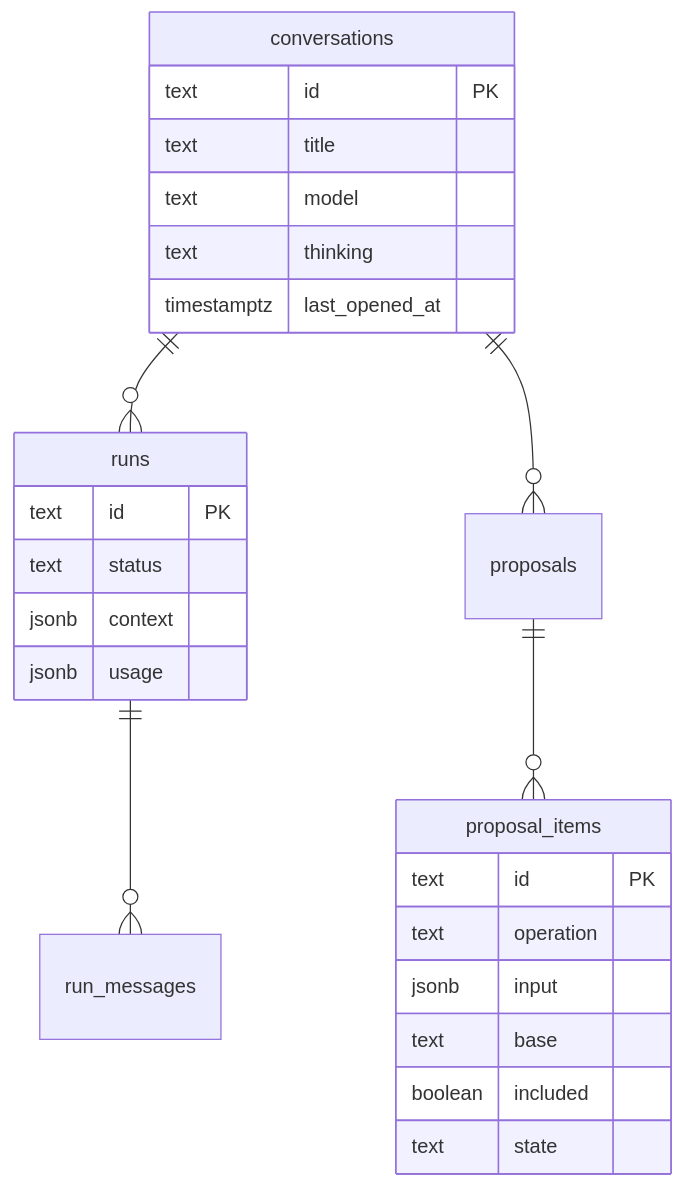
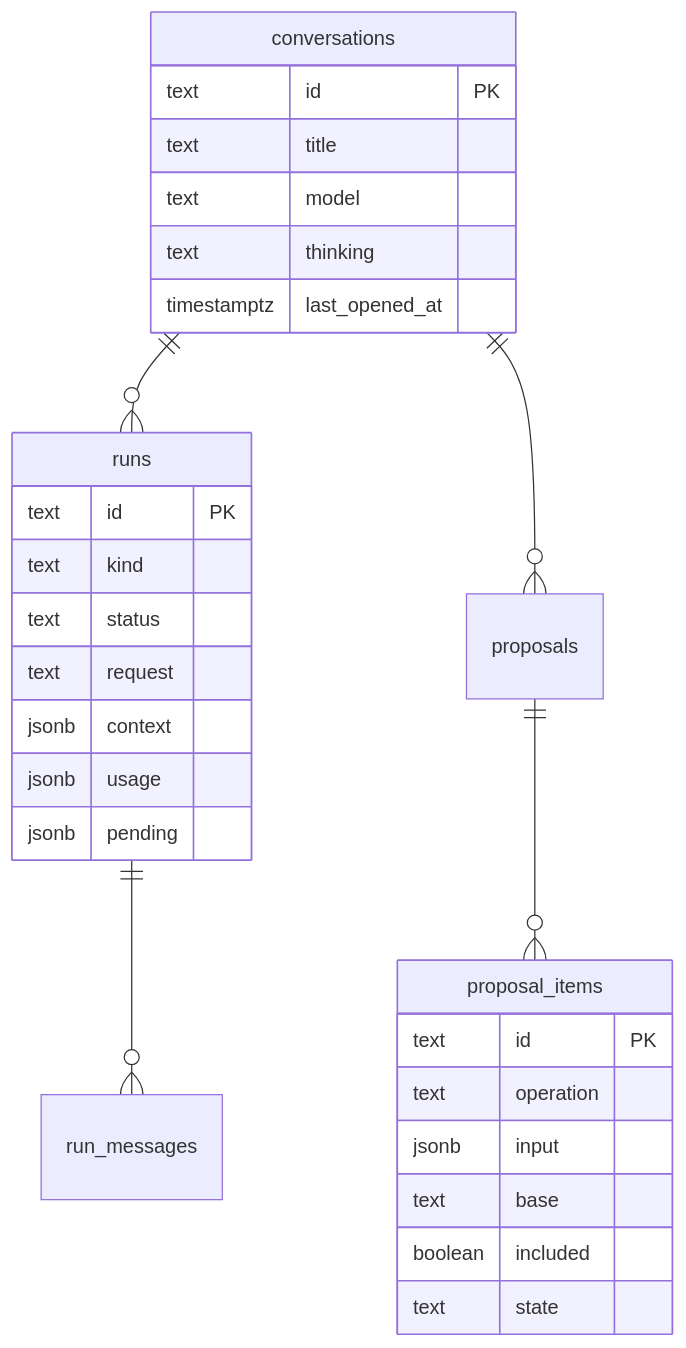
Before and after one commit to monti-cms/monti: the fourth of 4 diagrams in docs/design/features/10-assistant.md, drawn with Mermaid. The commit also changed other lines of this file and 8 other files, not shown here.

````diff
--- a/docs/design/features/10-assistant.md
+++ b/docs/design/features/10-assistant.md
@@ -175,28 +175,31 @@
 ```mermaid
 erDiagram
   conversations ||--o{ runs : ""
   conversations ||--o{ proposals : ""
   runs ||--o{ run_messages : ""
   proposals ||--o{ proposal_items : ""
   conversations {
     text id PK
     text title
     text model
     text thinking
     timestamptz last_opened_at
   }
   runs {
     text id PK
+    text kind
     text status
+    text request
     jsonb context
     jsonb usage
+    jsonb pending
   }
   proposal_items {
     text id PK
     text operation
     jsonb input
     text base
     boolean included
     text state
   }
 ```
````
